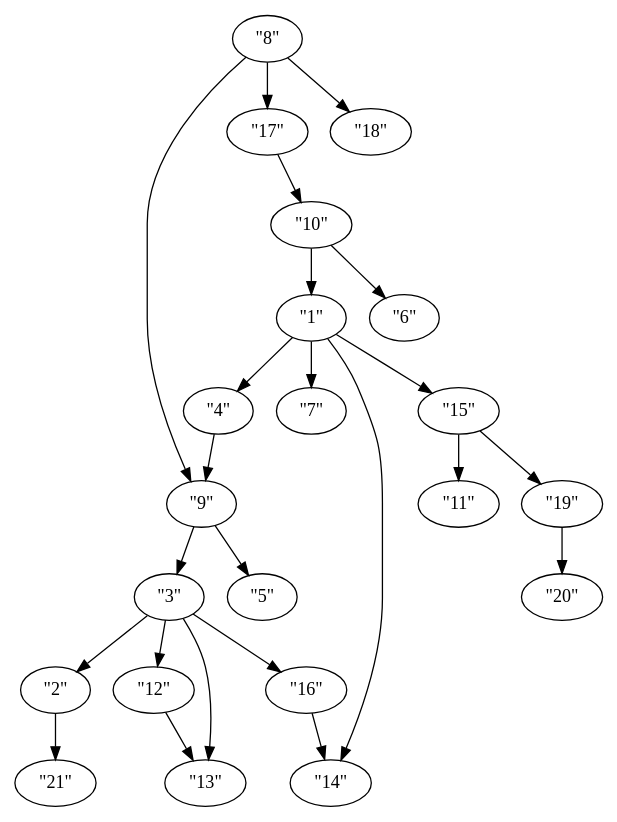
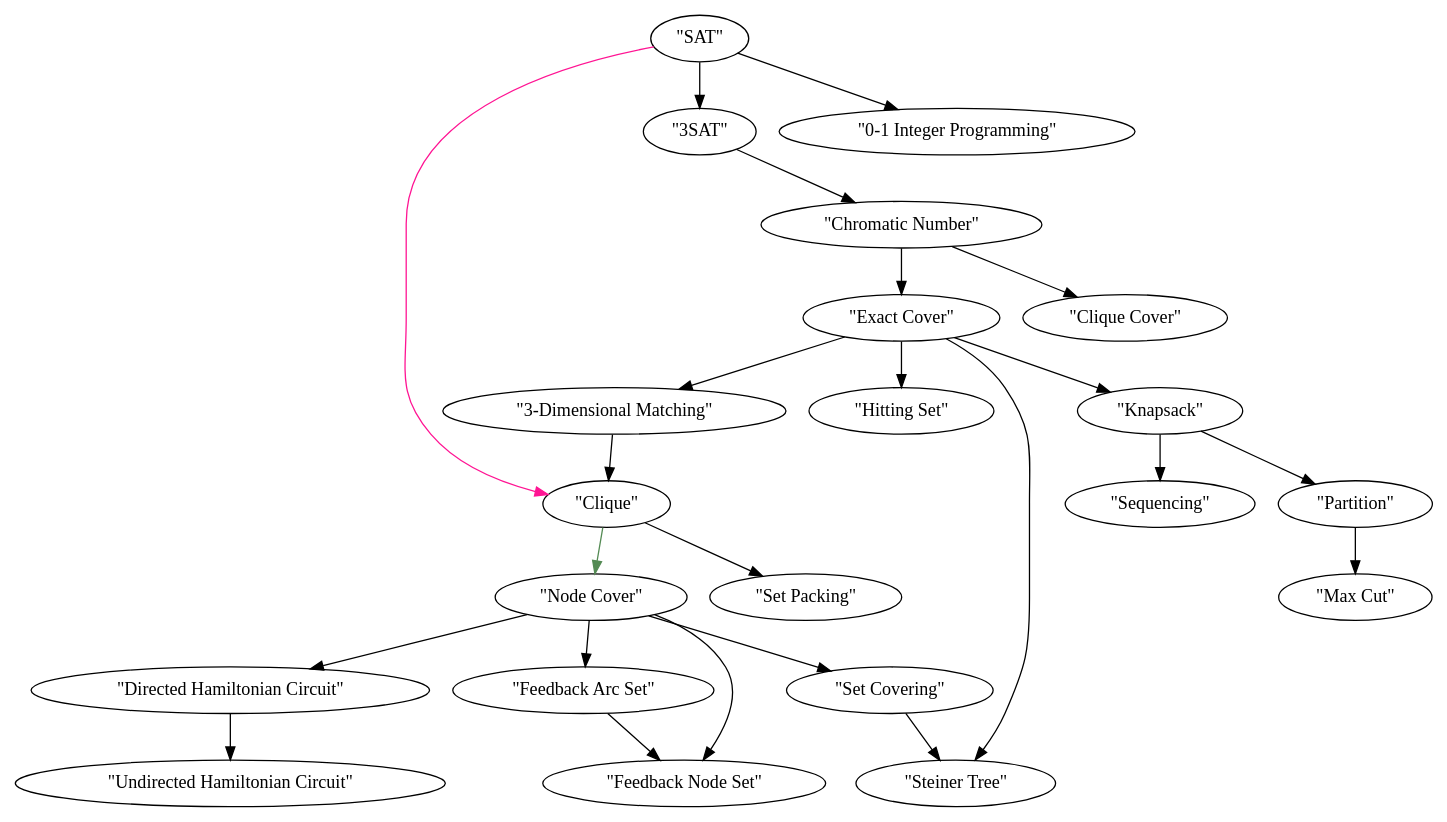
One commit to josieoharrow/Graphs changed the diagram in 21_Complete_Data/graph.dot. Above: the diagram before and after it, drawn with Graphviz. The commit also changed 10 other files, not shown here.

```diff
--- a/21_Complete_Data/graph.dot
+++ b/21_Complete_Data/graph.dot
@@ -1,46 +1,46 @@
 digraph {
-    0 [ label = "\"1\"" ]
-    1 [ label = "\"2\"" ]
-    2 [ label = "\"3\"" ]
-    3 [ label = "\"4\"" ]
-    4 [ label = "\"5\"" ]
-    5 [ label = "\"6\"" ]
-    6 [ label = "\"7\"" ]
-    7 [ label = "\"8\"" ]
-    8 [ label = "\"9\"" ]
-    9 [ label = "\"10\"" ]
-    10 [ label = "\"11\"" ]
-    11 [ label = "\"12\"" ]
-    12 [ label = "\"13\"" ]
-    13 [ label = "\"14\"" ]
-    14 [ label = "\"15\"" ]
-    15 [ label = "\"16\"" ]
-    16 [ label = "\"17\"" ]
-    17 [ label = "\"18\"" ]
-    18 [ label = "\"19\"" ]
-    19 [ label = "\"20\"" ]
-    20 [ label = "\"21\"" ]
-    0 -> 3 [ ]
-    0 -> 6 [ ]
-    0 -> 13 [ ]
-    0 -> 14 [ ]
-    1 -> 20 [ ]
-    2 -> 1 [ ]
-    2 -> 11 [ ]
-    2 -> 12 [ ]
-    2 -> 15 [ ]
-    3 -> 8 [ ]
-    7 -> 8 [ ]
-    7 -> 16 [ ]
-    7 -> 17 [ ]
-    8 -> 2 [ ]
-    8 -> 4 [ ]
-    9 -> 0 [ ]
-    9 -> 5 [ ]
-    11 -> 12 [ ]
-    14 -> 10 [ ]
-    14 -> 18 [ ]
-    15 -> 13 [ ]
-    16 -> 9 [ ]
-    18 -> 19 [ ]
+    0 [ label = "\"Exact Cover\"" ]
+    1 [ label = "\"Directed Hamiltonian Circuit\"" ]
+    2 [ label = "\"Node Cover\"" ]
+    3 [ label = "\"3-Dimensional Matching\"" ]
+    4 [ label = "\"Set Packing\"" ]
+    5 [ label = "\"Clique Cover\"" ]
+    6 [ label = "\"Hitting Set\"" ]
+    7 [ label = "\"SAT\"" ]
+    8 [ label = "\"Clique\"" ]
+    9 [ label = "\"Chromatic Number\"" ]
+    10 [ label = "\"Sequencing\"" ]
+    11 [ label = "\"Feedback Arc Set\"" ]
+    12 [ label = "\"Feedback Node Set\"" ]
+    13 [ label = "\"Steiner Tree\"" ]
+    14 [ label = "\"Knapsack\"" ]
+    15 [ label = "\"Set Covering\"" ]
+    16 [ label = "\"3SAT\"" ]
+    17 [ label = "\"0-1 Integer Programming\"" ]
+    18 [ label = "\"Partition\"" ]
+    19 [ label = "\"Max Cut\"" ]
+    20 [ label = "\"Undirected Hamiltonian Circuit\"" ]
+    0 -> 3 [ color = "black"]
+    0 -> 6 [ color = "black"]
+    0 -> 13 [ color = "black"]
+    0 -> 14 [ color = "black"]
+    1 -> 20 [ color = "black"]
+    2 -> 1 [ color = "black"]
+    2 -> 11 [ color = "black"]
+    2 -> 12 [ color = "black"]
+    2 -> 15 [ color = "black"]
+    3 -> 8 [ color = "black"]
+    7 -> 8 [ color = "deeppink"]
+    7 -> 16 [ color = "black"]
+    7 -> 17 [ color = "black"]
+    8 -> 2 [ color = "palegreen4"]
+    8 -> 4 [ color = "black"]
+    9 -> 0 [ color = "black"]
+    9 -> 5 [ color = "black"]
+    11 -> 12 [ color = "black"]
+    14 -> 10 [ color = "black"]
+    14 -> 18 [ color = "black"]
+    15 -> 13 [ color = "black"]
+    16 -> 9 [ color = "black"]
+    18 -> 19 [ color = "black"]
 }
```
